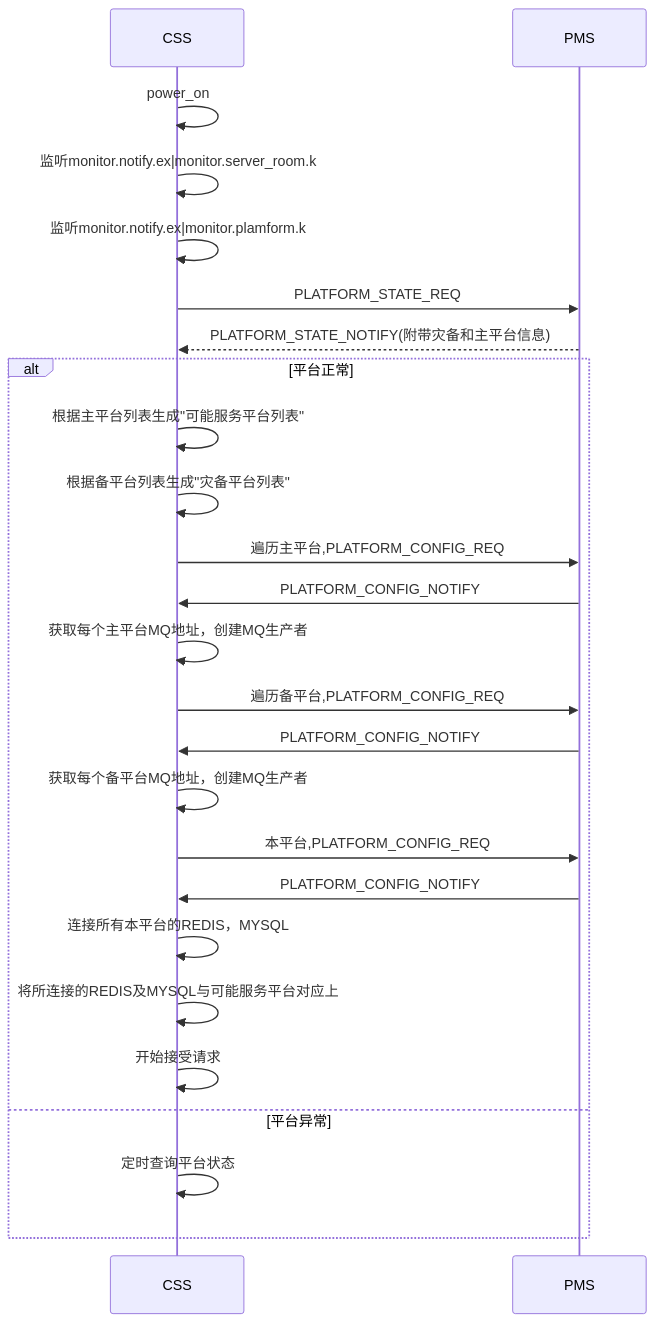
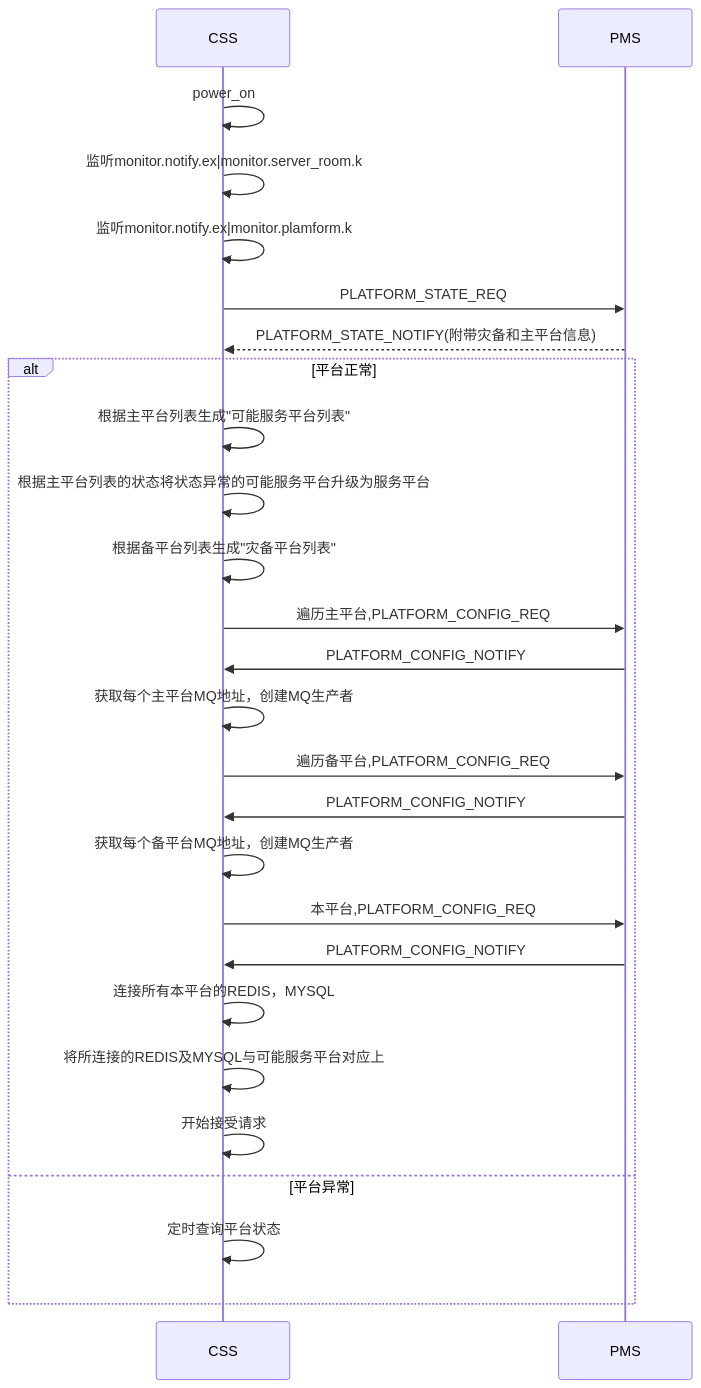
One commit to github188/w_doc changed the fourth of 6 diagrams in x需求_/5.1sp4css/5.1sp4css概要设计.md. Above: the diagram before and after it, drawn with Mermaid. The commit also changed other lines of this file and 2 other files, not shown here.

````diff
--- a/x需求_/5.1sp4css/5.1sp4css概要设计.md
+++ b/x需求_/5.1sp4css/5.1sp4css概要设计.md
@@ -156,25 +161,26 @@
 ```mermaid
 sequenceDiagram
 CSS->>CSS: power_on
 CSS->>CSS: 监听monitor.notify.ex|monitor.server_room.k
 CSS->>CSS: 监听monitor.notify.ex|monitor.plamform.k
 CSS->>PMS: PLATFORM_STATE_REQ
 PMS-->>CSS: PLATFORM_STATE_NOTIFY(附带灾备和主平台信息)
 ALT 平台正常
 	CSS->>CSS: 根据主平台列表生成"可能服务平台列表"
+	CSS->>CSS: 根据主平台列表的状态将状态异常的可能服务平台升级为服务平台
 	CSS->>CSS: 根据备平台列表生成"灾备平台列表"
 	CSS->>PMS: 遍历主平台,PLATFORM_CONFIG_REQ
 	PMS->>CSS: PLATFORM_CONFIG_NOTIFY
 	CSS->>CSS: 获取每个主平台MQ地址，创建MQ生产者
 	CSS->>PMS: 遍历备平台,PLATFORM_CONFIG_REQ
 	PMS->>CSS: PLATFORM_CONFIG_NOTIFY
 	CSS->>CSS: 获取每个备平台MQ地址，创建MQ生产者
 	CSS->>PMS: 本平台,PLATFORM_CONFIG_REQ
 	PMS->>CSS: PLATFORM_CONFIG_NOTIFY
 	CSS->>CSS: 连接所有本平台的REDIS，MYSQL
 	CSS->>CSS: 将所连接的REDIS及MYSQL与可能服务平台对应上
 	CSS->>CSS: 开始接受请求
 ELSE 平台异常
 	CSS->>CSS: 定时查询平台状态
 end
 ```
````
